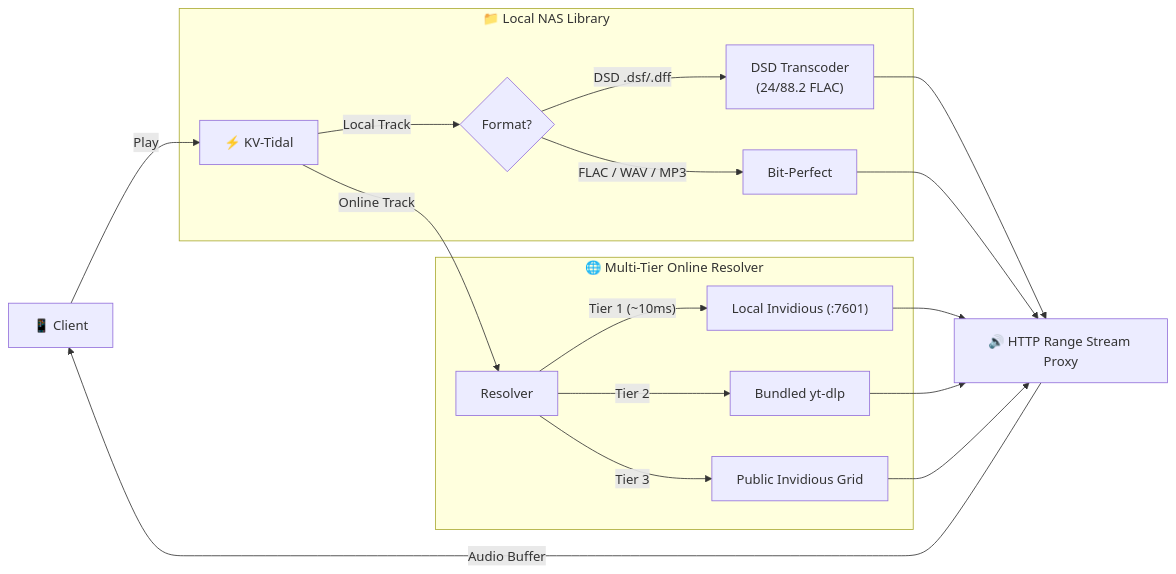
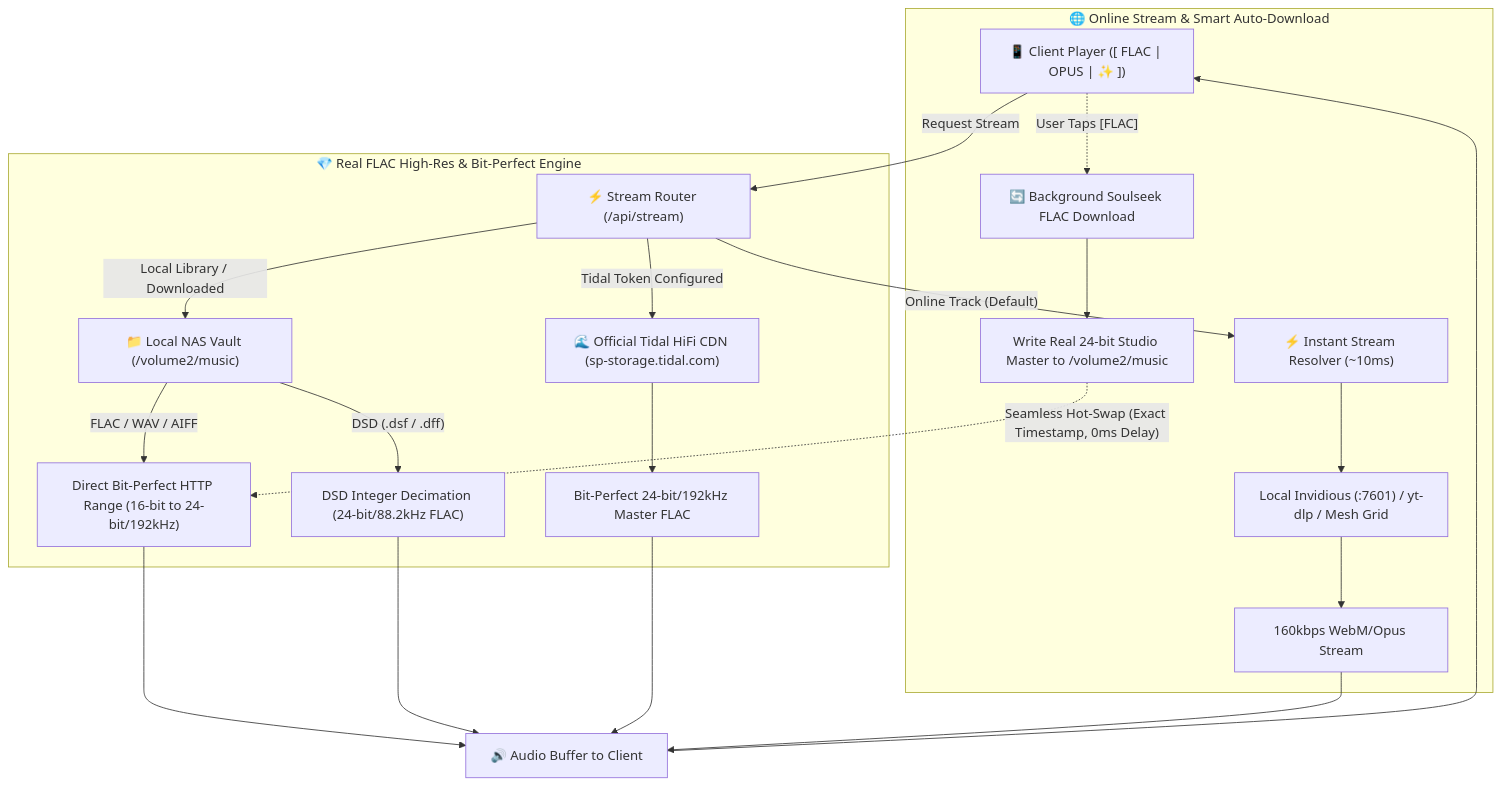
One commit to vndangkhoa/kv-tidal changed the first of 3 diagrams in README.md. Above: the diagram before and after it, drawn with Mermaid. The commit also changed other lines of this file, not shown here.

Commit message:
docs: update dataflow architecture and communicate real FLAC high-res streaming

````diff
--- a/README.md
+++ b/README.md
@@ -203,24 +214,29 @@
 ```mermaid
-flowchart LR
-    Client["📱 Client"] -->|Play| Router["⚡ KV-Tidal"]
+flowchart TD
+    Client["📱 Client Player ([ FLAC | OPUS | ✨ ])"] -->|Request Stream| Router["⚡ Stream Router (/api/stream)"]
 
-    subgraph Local ["📁 Local NAS Library"]
-        Router -->|Local Track| Format{"Format?"}
-        Format -->|DSD .dsf/.dff| DSD["DSD Transcoder<br/>(24/88.2 FLAC)"]
-        Format -->|FLAC / WAV / MP3| Direct["Bit-Perfect"]
+    subgraph RealFLAC ["💎 Real FLAC High-Res & Bit-Perfect Engine"]
+        Router -->|Local Library / Downloaded| LocalDisk["📁 Local NAS Vault (/volume2/music)"]
+        LocalDisk -->|FLAC / WAV / AIFF| BitPerfect["Direct Bit-Perfect HTTP Range (16-bit to 24-bit/192kHz)"]
+        LocalDisk -->|"DSD (.dsf / .dff)"| DSD["DSD Integer Decimation (24-bit/88.2kHz FLAC)"]
+        
+        Router -->|Tidal Token Configured| TidalCDN["🌊 Official Tidal HiFi CDN (sp-storage.tidal.com)"]
+        TidalCDN --> TidalMaster["Bit-Perfect 24-bit/192kHz Master FLAC"]
     end
 
-    subgraph Online ["🌐 Multi-Tier Online Resolver"]
-        Router -->|Online Track| Resolver["Resolver"]
-        Resolver -->|"Tier 1 (~10ms)"| Inv["Local Invidious (:7601)"]
-        Resolver -->|Tier 2| Yt["Bundled yt-dlp"]
-        Resolver -->|Tier 3| Mesh["Public Invidious Grid"]
+    subgraph OnlineStream ["🌐 Online Stream & Smart Auto-Download"]
+        Router -->|"Online Track (Default)"| InstantOpus["⚡ Instant Stream Resolver (~10ms)"]
+        InstantOpus --> Inv["Local Invidious (:7601) / yt-dlp / Mesh Grid"]
+        Inv --> OpusStream["160kbps WebM/Opus Stream"]
+        
+        Client -.->|"User Taps [FLAC]"| AutoDL["🔄 Background Soulseek FLAC Download"]
+        AutoDL --> AutoWrite["Write Real 24-bit Studio Master to /volume2/music"]
+        AutoWrite -.->|"Seamless Hot-Swap (Exact Timestamp, 0ms Delay)"| BitPerfect
     end
 
-    DSD --> Proxy["🔊 HTTP Range Stream Proxy"]
-    Direct --> Proxy
-    Inv --> Proxy
-    Yt --> Proxy
-    Mesh --> Proxy
-    Proxy -->|Audio Buffer| Client
+    BitPerfect --> Proxy["🔊 Audio Buffer to Client"]
+    DSD --> Proxy
+    TidalMaster --> Proxy
+    OpusStream --> Proxy
+    Proxy --> Client
 ```
````
